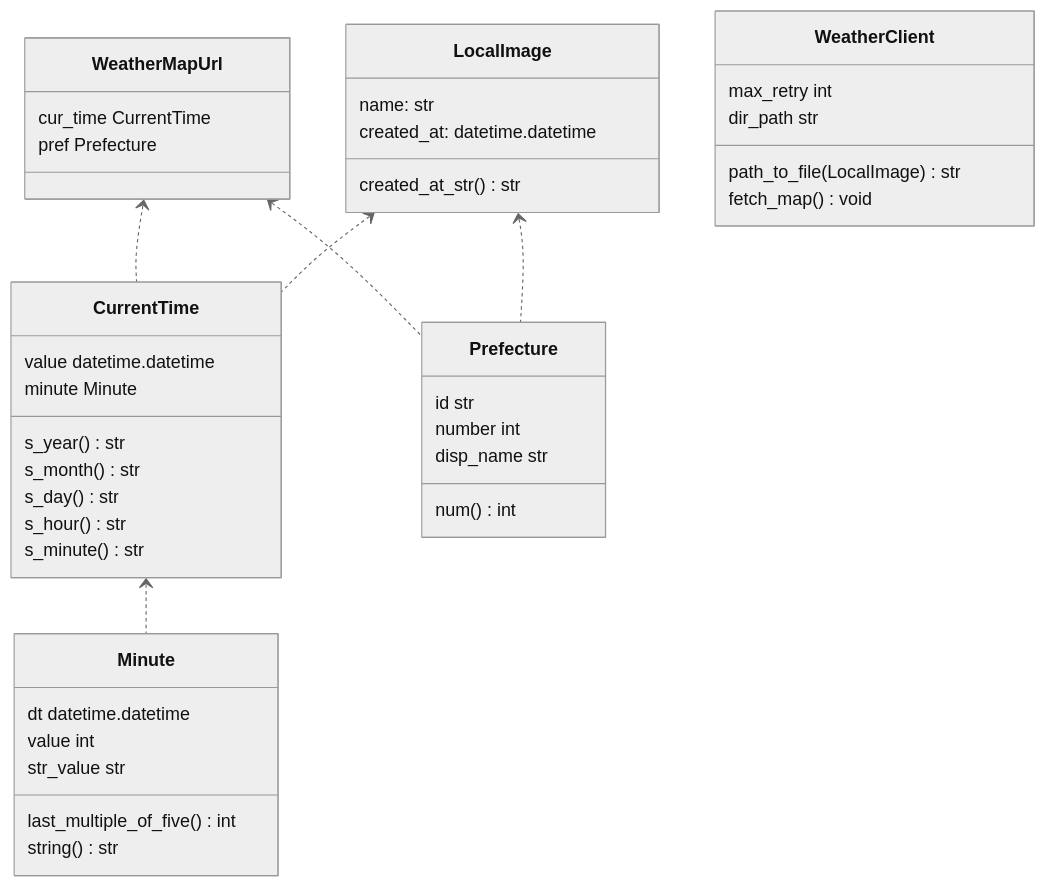
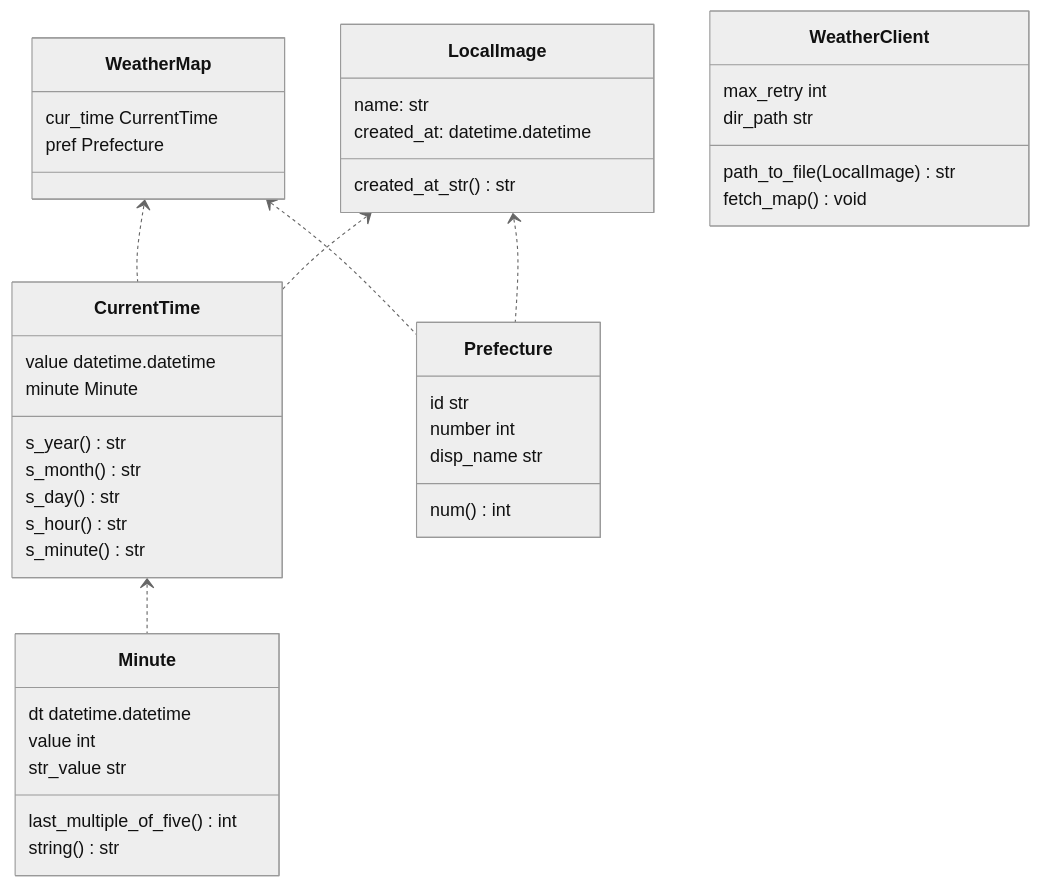
One commit to azul915/rain-monitor changed the second of 2 diagrams in README.md. Above: the diagram before and after it, drawn with Mermaid (neutral theme). The commit also changed other lines of this file and 1 other file, not shown here.

````diff
--- a/README.md
+++ b/README.md
@@ -16,50 +16,50 @@
 ```mermaid
 classDiagram
 	class Minute {
 		dt datetime.datetime
 		value int
 		str_value str
 		last_multiple_of_five() int
 		string() str
 	}
 
 	class CurrentTime {
 		value datetime.datetime
 		minute Minute
 		s_year() str
 		s_month() str
 		s_day() str
 		s_hour() str
 		s_minute() str
 	}
 	CurrentTime <.. Minute
 
 	class Prefecture {
 		id str
 		number int
 		disp_name str
 		num() int
 	}
 
-	class WeatherMapUrl {
+	class WeatherMap {
 		cur_time CurrentTime
 		pref Prefecture
 	}
-	WeatherMapUrl <.. Prefecture
-	WeatherMapUrl <.. CurrentTime
+	WeatherMap <.. Prefecture
+	WeatherMap <.. CurrentTime
 
 	class LocalImage {
 		name: str
 		created_at: datetime.datetime
 		created_at_str() str
 	}
 	LocalImage <.. CurrentTime
 	LocalImage <.. Prefecture
 
 	class WeatherClient {
 		max_retry int
 		dir_path str
 		path_to_file(LocalImage) str
 		fetch_map() void
 	}
 ```
````
